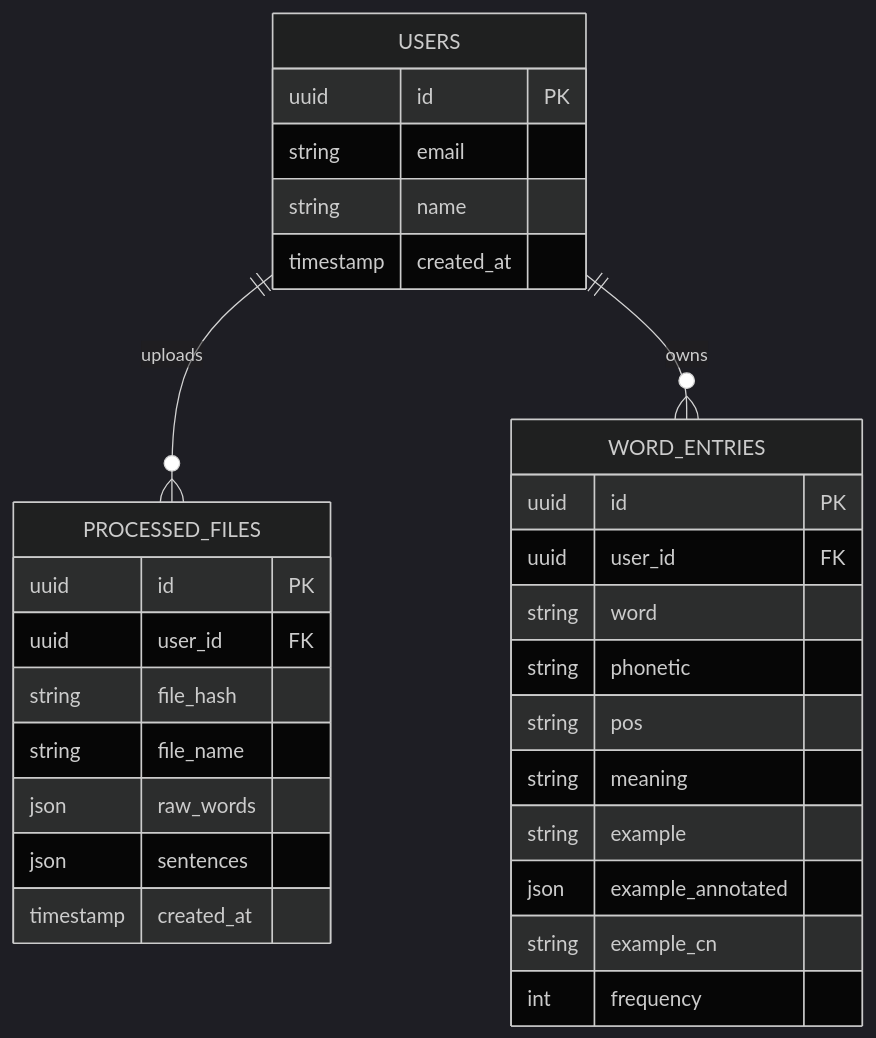
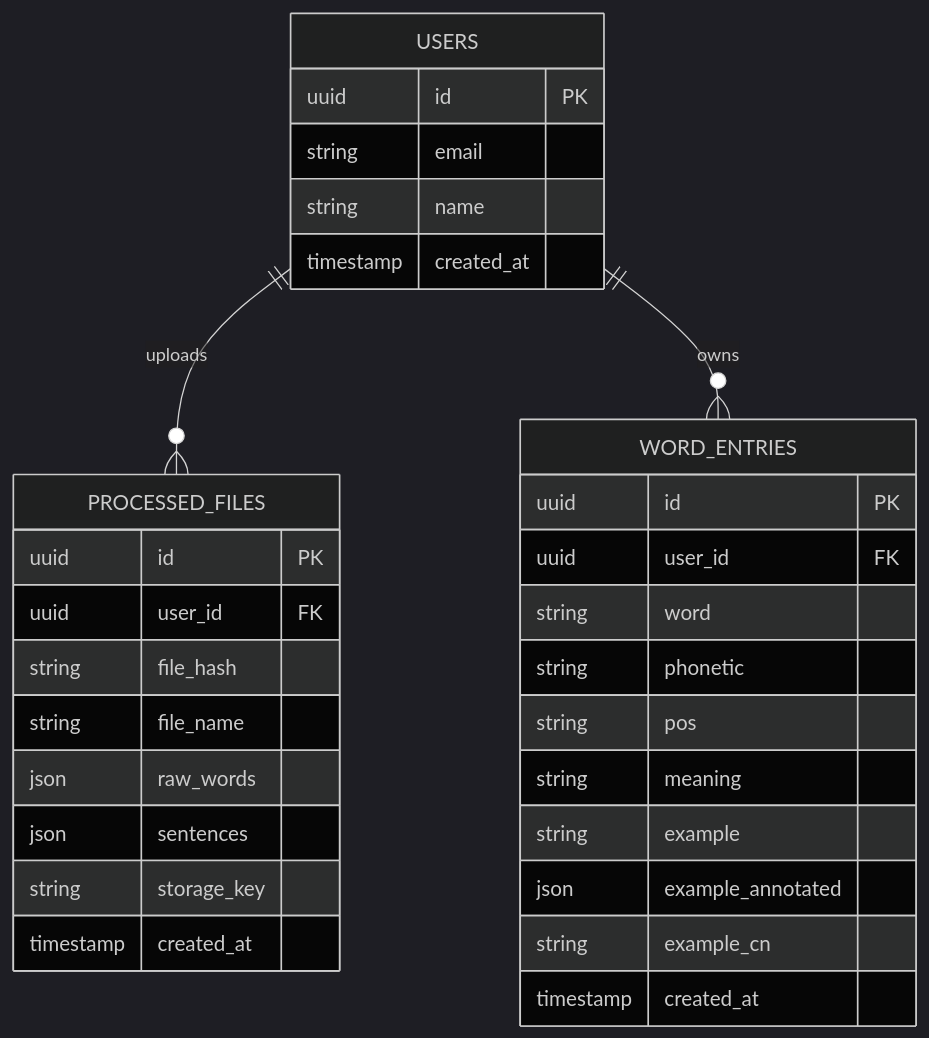
One commit to NaichuanZhang/wordwise changed the third of 3 diagrams in README.md. Above: the diagram before and after it, drawn with Mermaid (dark theme). The commit also changed other lines of this file and 5 other files, not shown here.

````diff
--- a/README.md
+++ b/README.md
@@ -95,35 +112,36 @@
 ```mermaid
 erDiagram
     USERS ||--o{ PROCESSED_FILES : uploads
     USERS ||--o{ WORD_ENTRIES : owns
 
     USERS {
         uuid id PK
         string email
         string name
         timestamp created_at
     }
 
     PROCESSED_FILES {
         uuid id PK
         uuid user_id FK
         string file_hash
         string file_name
         json raw_words
         json sentences
+        string storage_key
         timestamp created_at
     }
 
     WORD_ENTRIES {
         uuid id PK
         uuid user_id FK
         string word
         string phonetic
         string pos
         string meaning
         string example
         json example_annotated
         string example_cn
-        int frequency
+        timestamp created_at
     }
 ```
````
